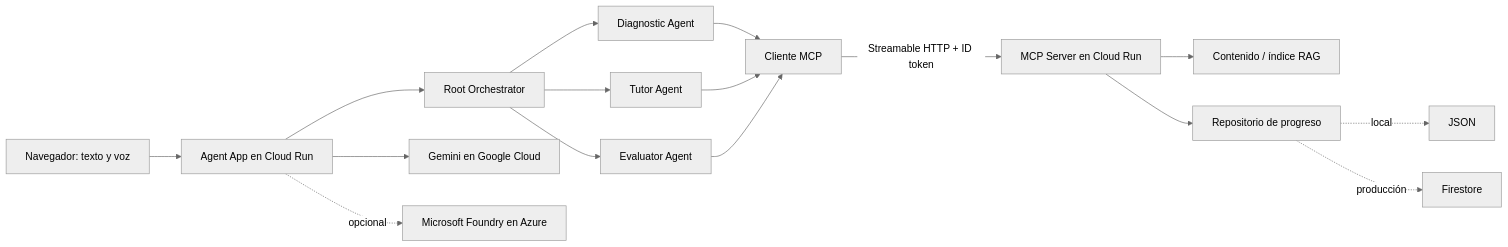
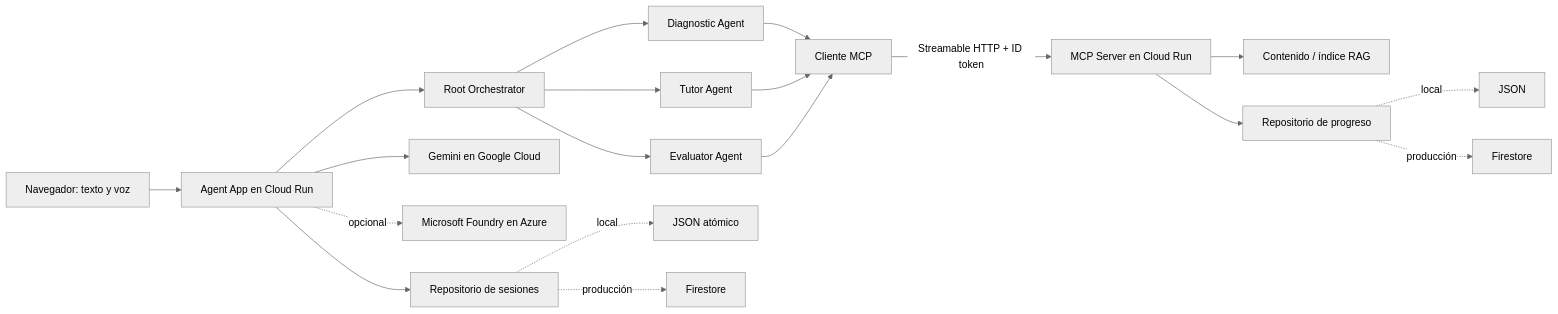
The first of 2 diagrams in docs/architecture.md (GDriem/AITeacher), drawn with Mermaid (neutral theme) before and after one commit. The commit also changed other lines of this file and 23 other files, not shown here.

````diff
--- a/docs/architecture.md
+++ b/docs/architecture.md
@@ -18,16 +18,19 @@
 ```mermaid
 flowchart LR
   U["Navegador: texto y voz"] --> A["Agent App en Cloud Run"]
   A --> O["Root Orchestrator"]
   O --> D["Diagnostic Agent"]
   O --> T["Tutor Agent"]
   O --> E["Evaluator Agent"]
   D & T & E --> C["Cliente MCP"]
   C -->|"Streamable HTTP + ID token"| M["MCP Server en Cloud Run"]
   M --> R["Contenido / índice RAG"]
   M --> P["Repositorio de progreso"]
   P -. "local" .-> J["JSON"]
   P -. "producción" .-> F["Firestore"]
   A --> G["Gemini en Google Cloud"]
   A -. "opcional" .-> AZ["Microsoft Foundry en Azure"]
+  A --> S["Repositorio de sesiones"]
+  S -. "local" .-> SJ["JSON atómico"]
+  S -. "producción" .-> SF["Firestore"]
 ```
````
